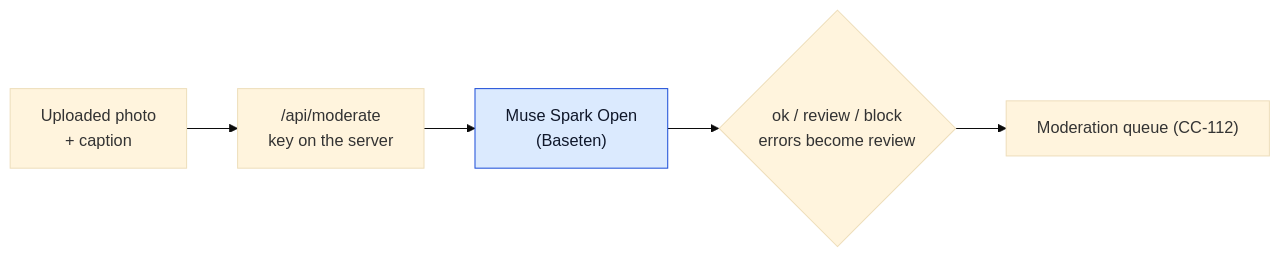
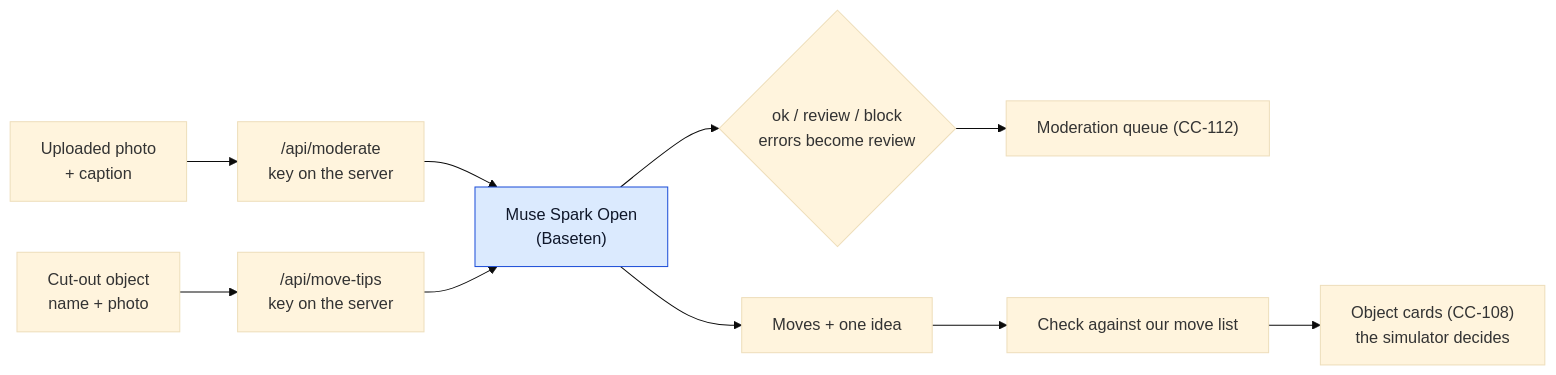
Before and after one commit to gitgithan/conquercourse: the fifth of 6 diagrams in docs/meta-ai-pipelines.md, drawn with Mermaid (base theme). The commit also changed other lines of this file and 47 other files, not shown here.

First line of the commit message:
Move tips: Muse Spark Open names the moves that could get past a cut-out object, checked against our move list (Fixes CC-121)

````diff
--- a/docs/meta-ai-pipelines.md
+++ b/docs/meta-ai-pipelines.md
@@ -116,9 +122,14 @@
 ```mermaid
 flowchart LR
   UP["Uploaded photo<br/>+ caption"] --> MF["/api/moderate<br/>key on the server"]
   MF --> MM["Muse Spark Open<br/>(Baseten)"]
   MM --> V{"ok / review / block<br/>errors become review"}
   V --> Q["Moderation queue (CC-112)"]
+  OB["Cut-out object<br/>name + photo"] --> TF["/api/move-tips<br/>key on the server"]
+  TF --> MM
+  MM --> TP["Moves + one idea"]
+  TP --> CK["Check against our move list"]
+  CK --> CD["Object cards (CC-108)<br/>the simulator decides"]
   classDef meta fill:#dbeafe,stroke:#1d4ed8,color:#0f172a;
   class MM meta;
 ```
````
